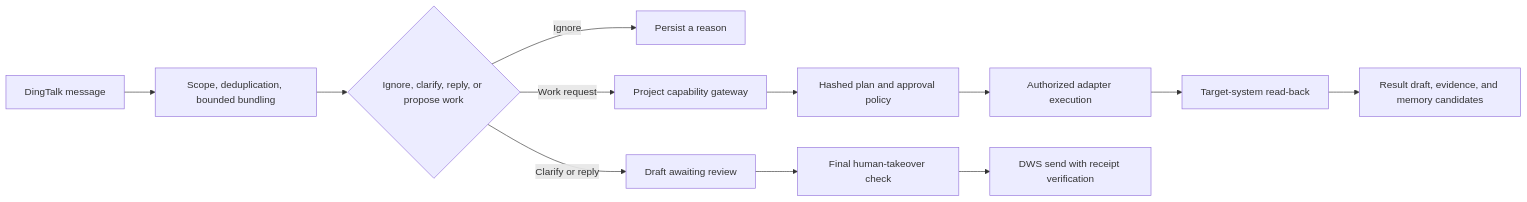
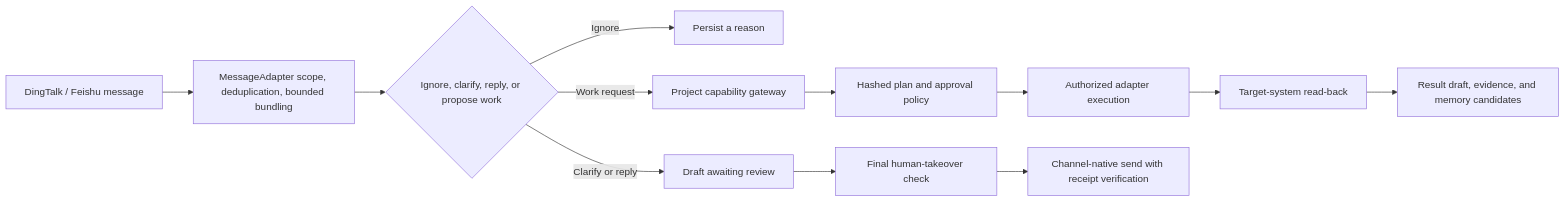
The diagram in docs/en/overview.md (ruiwang20010702/ai-employee), drawn with Mermaid before and after one commit. The commit also changed other lines of this file and 96 other files, not shown here.

````diff
--- a/docs/en/overview.md
+++ b/docs/en/overview.md
@@ -25,14 +37,14 @@
 ```mermaid
 flowchart LR
-    A["DingTalk message"] --> B["Scope, deduplication, bounded bundling"]
+    A["DingTalk / Feishu message"] --> B["MessageAdapter scope, deduplication, bounded bundling"]
     B --> C{"Ignore, clarify, reply, or propose work"}
     C -->|"Ignore"| D["Persist a reason"]
     C -->|"Clarify or reply"| E["Draft awaiting review"]
     C -->|"Work request"| F["Project capability gateway"]
     F --> G["Hashed plan and approval policy"]
     G --> H["Authorized adapter execution"]
     H --> I["Target-system read-back"]
     I --> J["Result draft, evidence, and memory candidates"]
     E --> K["Final human-takeover check"]
-    K --> L["DWS send with receipt verification"]
+    K --> L["Channel-native send with receipt verification"]
 ```
````
